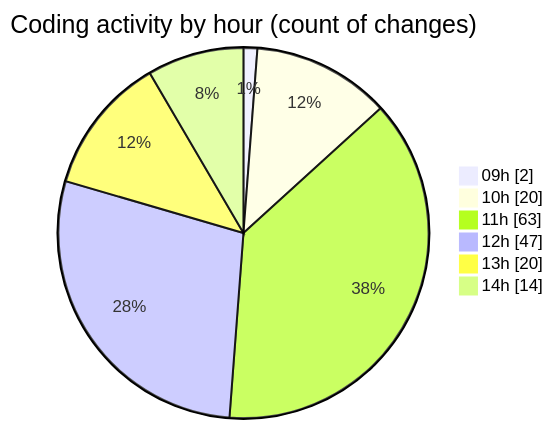
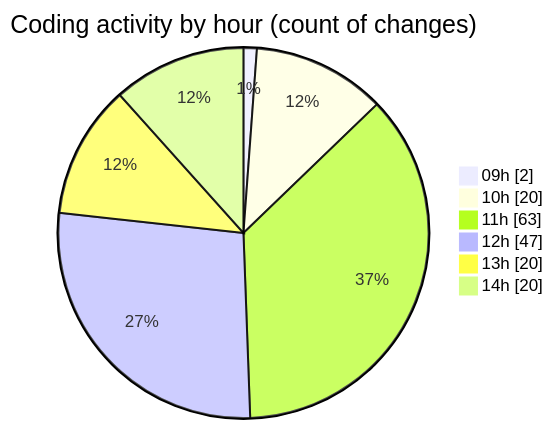
Before and after one commit to momahboobian/code-tracking: the second of 2 diagrams in 2025-04-08/cda/README.md, drawn with Mermaid. The commit also changed other lines of this file and 1 other file, not shown here.

````diff
--- a/2025-04-08/cda/README.md
+++ b/2025-04-08/cda/README.md
@@ -39,10 +39,10 @@
 ```mermaid
 pie showData
 title Coding activity by hour (count of changes)
 "09h" : 2
 "10h" : 20
 "11h" : 63
 "12h" : 47
 "13h" : 20
-"14h" : 14
+"14h" : 20
 ```
````
